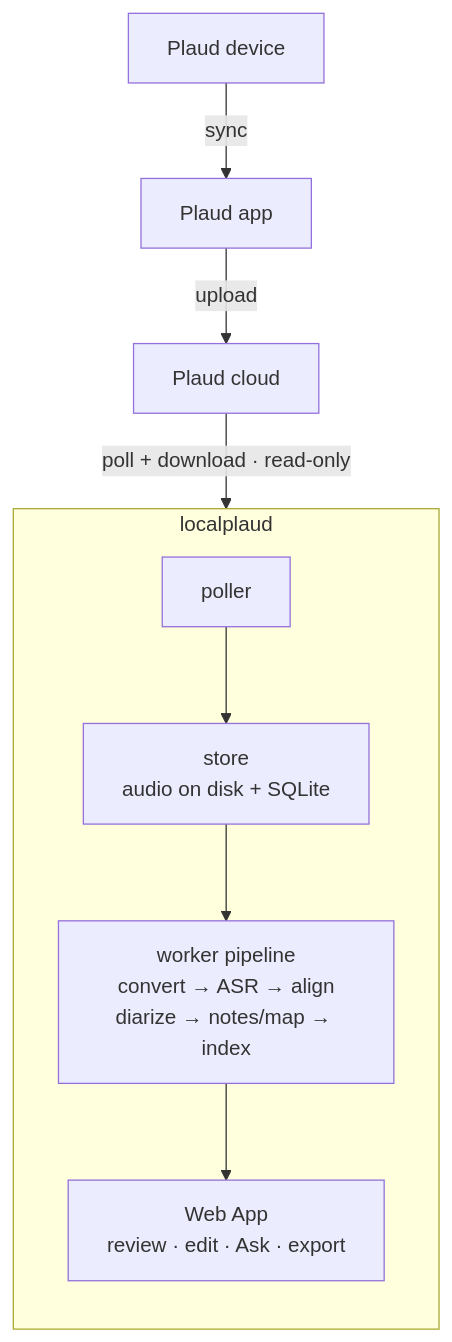
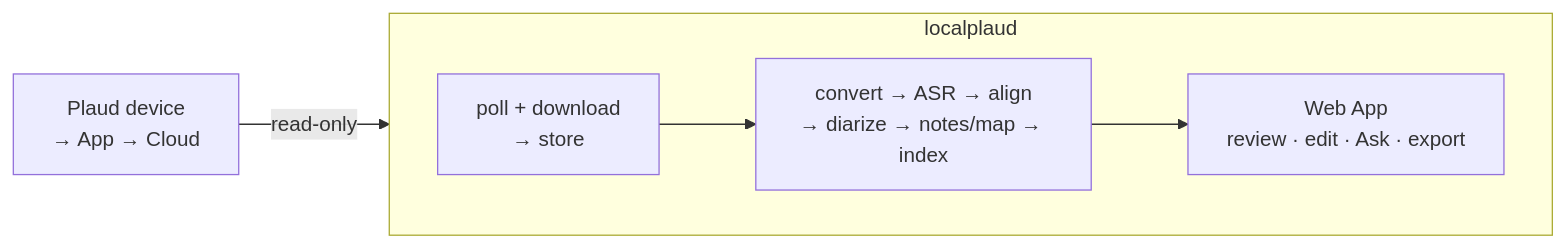
Before and after one commit to skyhong2002/localplaud: the diagram in README.md, drawn with Mermaid.

Commit message:
docs: use compact horizontal workflow diagram

````diff
--- a/README.md
+++ b/README.md
@@ -56,12 +56,10 @@
 ```mermaid
-flowchart TB
-    device["Plaud device"] -->|sync| app["Plaud app"] -->|upload| cloud["Plaud cloud"]
-    cloud -->|"poll + download · read-only"| poller
+flowchart LR
+    plaud["Plaud device<br/>→ App → Cloud"] -->|"read-only"| ingest
 
     subgraph localplaud["localplaud"]
-        direction TB
-        poller["poller"] --> store["store<br/>audio on disk + SQLite"]
-        store --> worker["worker pipeline<br/>convert → ASR → align<br/>diarize → notes/map → index"]
+        direction LR
+        ingest["poll + download<br/>→ store"] --> worker["convert → ASR → align<br/>→ diarize → notes/map → index"]
         worker --> web["Web App<br/>review · edit · Ask · export"]
     end
 ```
````
